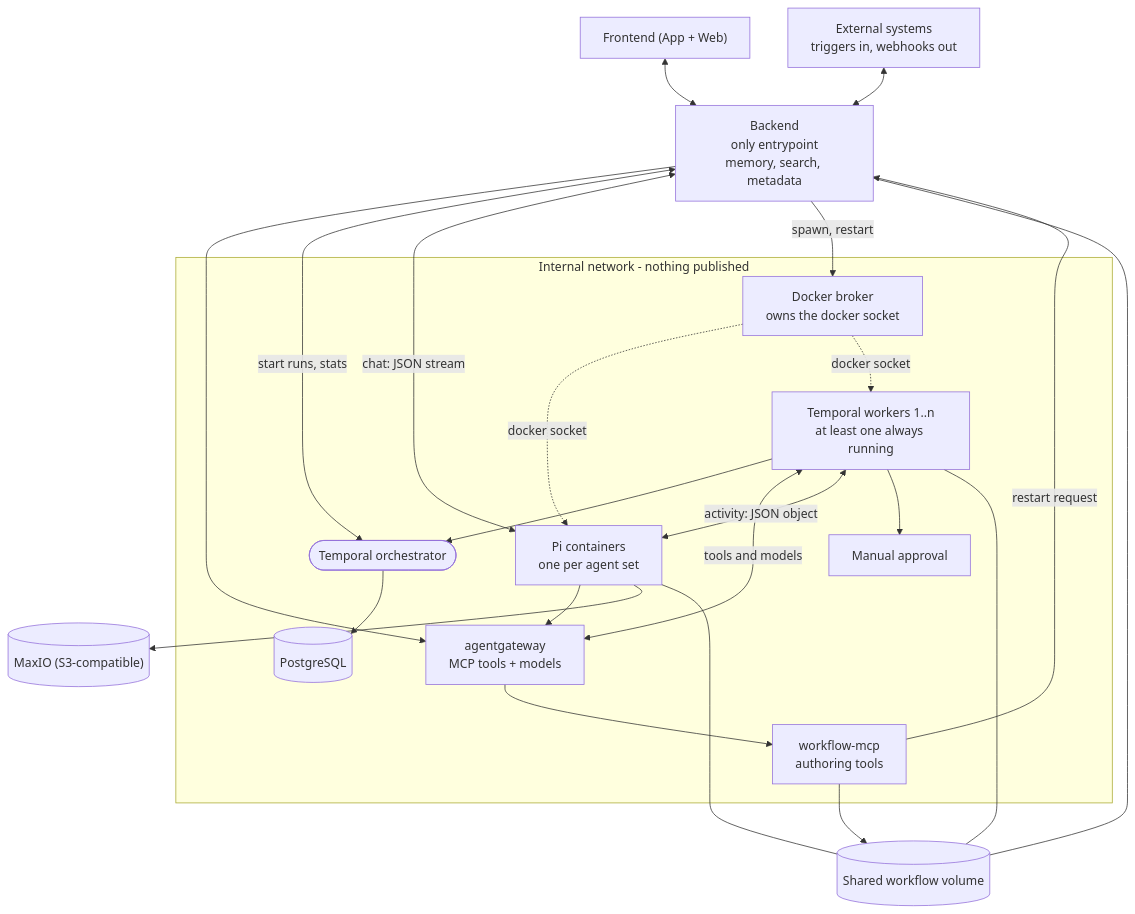
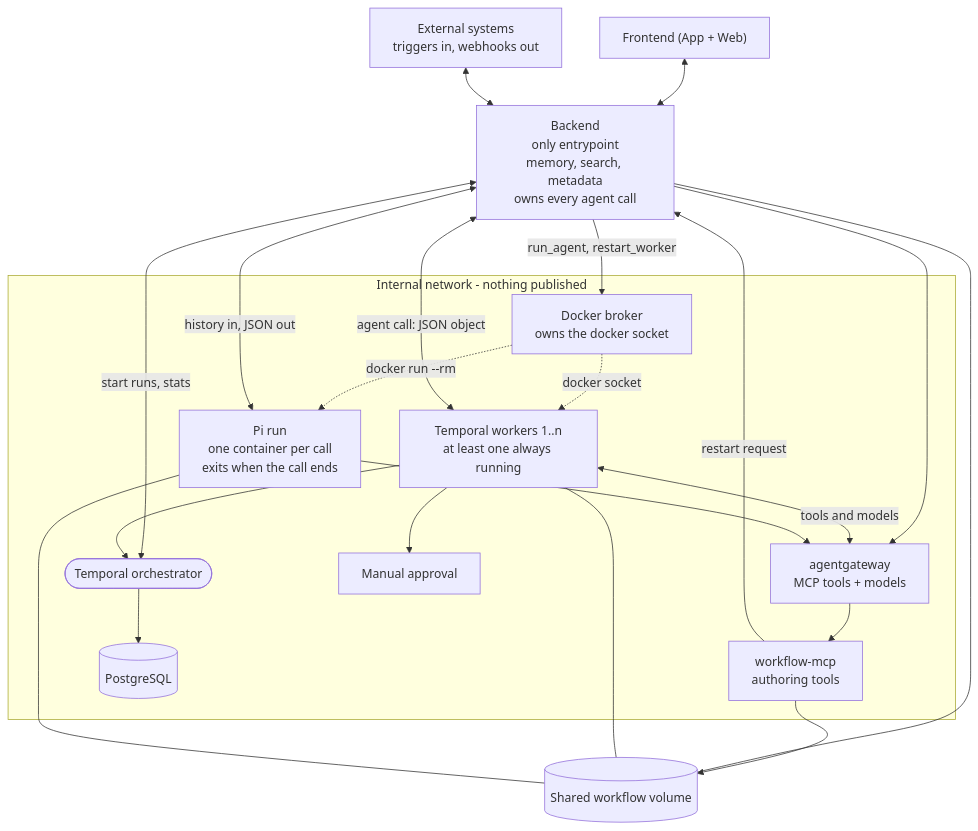
Before and after one commit to StromFLIX/nautionette: the diagram in README.md, drawn with Mermaid. The commit also changed other lines of this file and 68 other files, not shown here.

````diff
--- a/README.md
+++ b/README.md
@@ -13,42 +16,40 @@
 ```mermaid
 flowchart TB
     clients["Frontend (App + Web)"]
     ext["External systems<br/>triggers in, webhooks out"]
-    be["Backend<br/>only entrypoint<br/>memory, search, metadata"]
+    be["Backend<br/>only entrypoint<br/>memory, search, metadata<br/>owns every agent call"]
 
     subgraph net["Internal network - nothing published"]
         broker["Docker broker<br/>owns the docker socket"]
         gw["agentgateway<br/>MCP tools + models"]
         wfmcp["workflow-mcp<br/>authoring tools"]
         orch(["Temporal orchestrator"])
         pg[("PostgreSQL")]
         wk["Temporal workers 1..n<br/>at least one always running"]
         flags["Manual approval"]
-        pi["Pi containers<br/>one per agent set"]
+        pi["Pi run<br/>one container per call<br/>exits when the call ends"]
     end
 
     vol[("Shared workflow volume")]
-    s3[("MaxIO (S3-compatible)")]
 
     clients <--> be
     ext <--> be
     be --> gw
     be <-->|"start runs, stats"| orch
-    be <-->|"chat: JSON stream"| pi
-    be -->|"spawn, restart"| broker
-    broker -.->|"docker socket"| pi
+    be -->|"run_agent, restart_worker"| broker
+    broker -.->|"docker run --rm"| pi
     broker -.->|"docker socket"| wk
+    be <-->|"history in, JSON out"| pi
+    wk <-->|"agent call: JSON object"| be
     wk --> orch
     orch --> pg
     wk <-->|"tools and models"| gw
-    wk <-->|"activity: JSON object"| pi
     wk --> flags
     pi --> gw
-    pi --> s3
     gw --> wfmcp
     wfmcp --> vol
     wfmcp -->|"restart request"| be
     be --- vol
     wk --- vol
     pi --- vol
 ```
````
